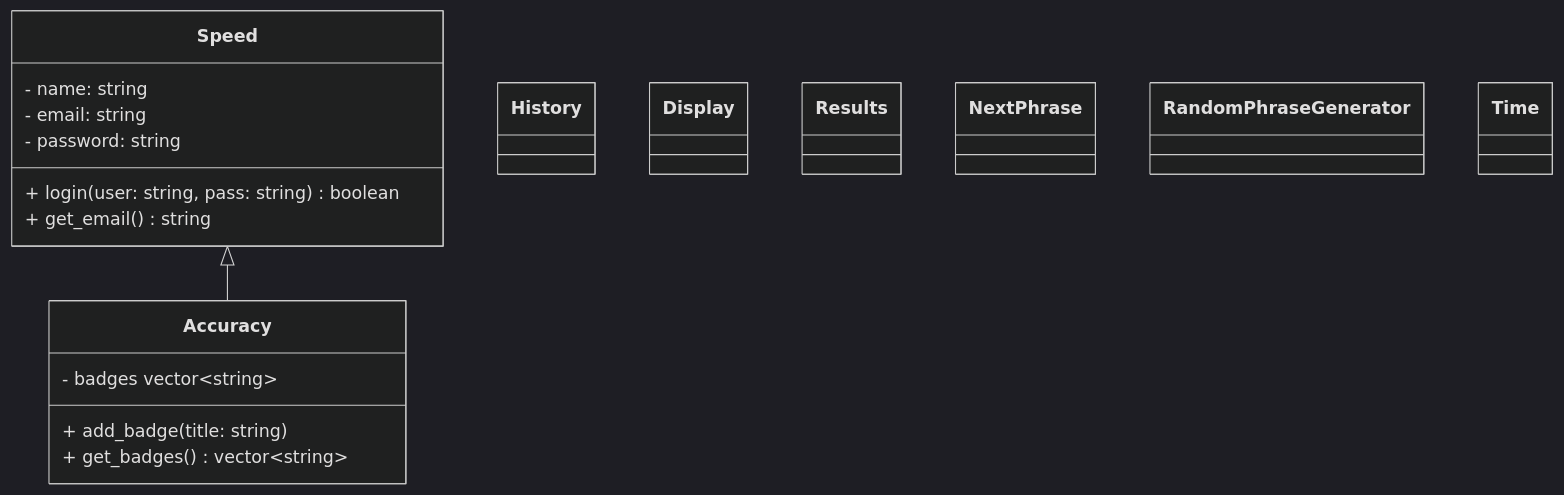
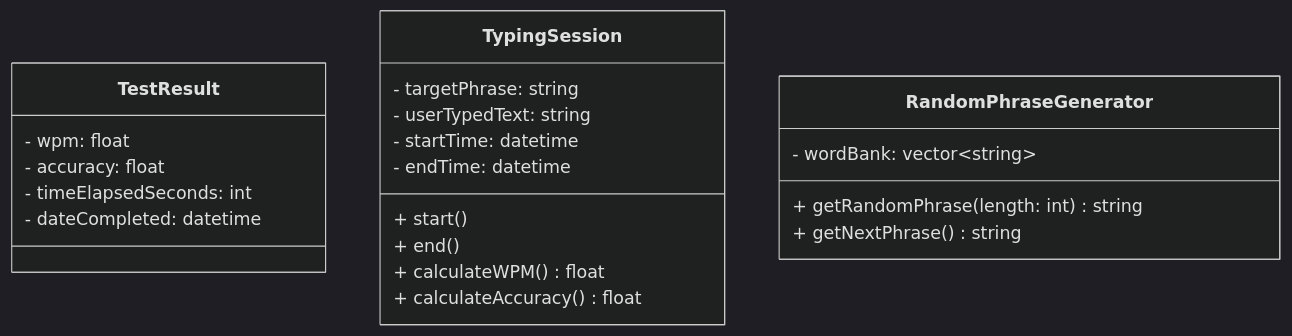
One commit to IJNJJJCG/tippitytappity-design changed the diagram in README.md. Above: the diagram before and after it, drawn with Mermaid (dark theme).

Commit message:
Refactor data model in README with new classes

````diff
--- a/README.md
+++ b/README.md
@@ -8,34 +8,25 @@
 ```mermaid
 classDiagram
-  Speed <|-- Accuracy
-  class Speed{
-        - name: string
-        - email: string
-        - password: string
-        + login(user: string, pass: string) boolean
-        + get_email() string
+Testing your accuracy and speed
+  class TestResult{
+        - wpm: float
+        - accuracy: float
+        - timeElapsedSeconds: int
+        - dateCompleted: datetime
   }
-  class Accuracy{
-        - badges vector~string~
-        + add_badge(title: string)
-        + get_badges() vector~string~
+  class TypingSession{
+        - targetPhrase: string
+        - userTypedText: string
+        - startTime: datetime
+        - endTime: datetime
+        + start()
+        + end()
+        + calculateWPM() float
+        + calculateAccuracy() float
   }
-  class History{
-
-  }
-  class Display{
-
-  }
-  class Results{
-
-  }
-  class NextPhrase{
-
-  }
-  class RandomPhraseGenerator{
-
-  }
-  class Time{
-
+  class RandomPhraseGenerator {
+        - wordBank: vector~string~
+        + getRandomPhrase(length: int) string
+        + getNextPhrase() string
   }
 ```
````
